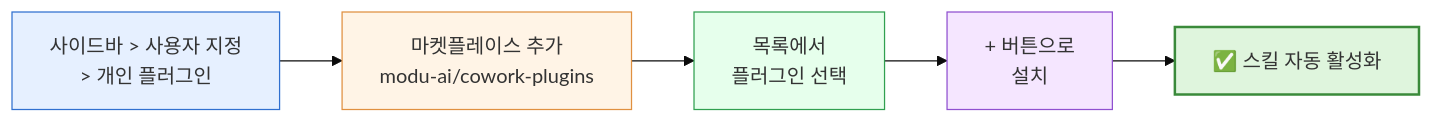
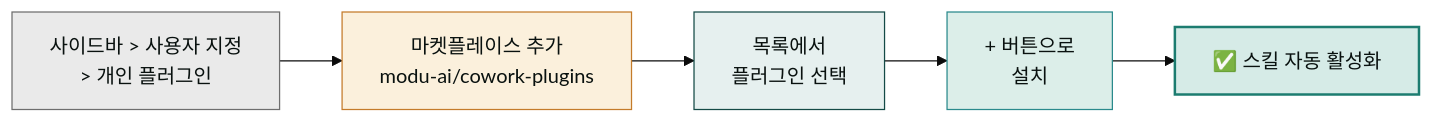
Before and after one commit to modu-ai/claude: the diagram in content/cowork/plugins.md, drawn with Mermaid (base theme). The commit also changed 97 other files, not shown here.

First line of the commit message:
style(docs-site): mermaid 색상 브랜드 정합 + 라이트 테마 단일화

````diff
--- a/content/cowork/plugins.md
+++ b/content/cowork/plugins.md
@@ -19,13 +19,13 @@
 ```mermaid
 flowchart LR
     A["사이드바 > 사용자 지정<br/>> 개인 플러그인"] --> B["마켓플레이스 추가<br/>modu-ai/cowork-plugins"]
     B --> C["목록에서<br/>플러그인 선택"]
     C --> D["+ 버튼으로<br/>설치"]
     D --> E["✅ 스킬 자동 활성화"]
 
-    style A fill:#e6f0ff,stroke:#3070d0
-    style B fill:#fff4e6,stroke:#e09040
-    style C fill:#e6ffec,stroke:#30a050
-    style D fill:#f5e6ff,stroke:#9050d0
-    style E fill:#dff5dd,stroke:#3a8a3a,stroke-width:2px
+    style A fill:#eaeaea,stroke:#6e6e6e,color:#09110f
+    style B fill:#fbf0dc,stroke:#c47b2a,color:#09110f
+    style C fill:#e6f0ef,stroke:#144a46,color:#09110f
+    style D fill:#dceee9,stroke:#2a8a8c,color:#09110f
+    style E fill:#d6ebe7,stroke:#1c7c70,stroke-width:2px,color:#09110f
 ```
````
